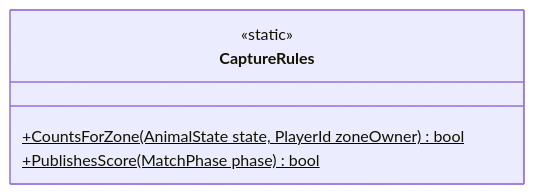
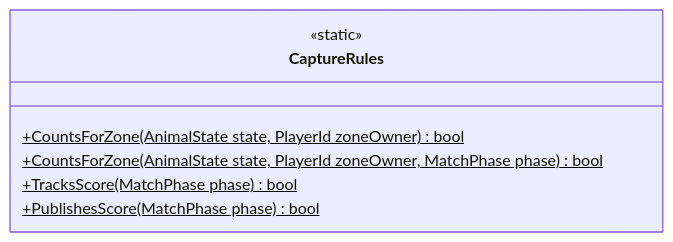
The diagram in Docs/Arquitectura/Clases/Match/CaptureRules.md (Chacashi/Alien-Farms), drawn with Mermaid before and after one commit. The commit also changed other lines of this file and 257 other files, not shown here.

````diff
--- a/Docs/Arquitectura/Clases/Match/CaptureRules.md
+++ b/Docs/Arquitectura/Clases/Match/CaptureRules.md
@@ -15,10 +15,12 @@
 ```mermaid
 classDiagram
   direction LR
   class CaptureRules {
     <<static>>
     +CountsForZone(AnimalState state, PlayerId zoneOwner)$ bool
+    +CountsForZone(AnimalState state, PlayerId zoneOwner, MatchPhase phase)$ bool
+    +TracksScore(MatchPhase phase)$ bool
     +PublishesScore(MatchPhase phase)$ bool
   }
   classDef external fill:#eee,stroke:#999,stroke-dasharray: 4 3,color:#555
 ```
````
